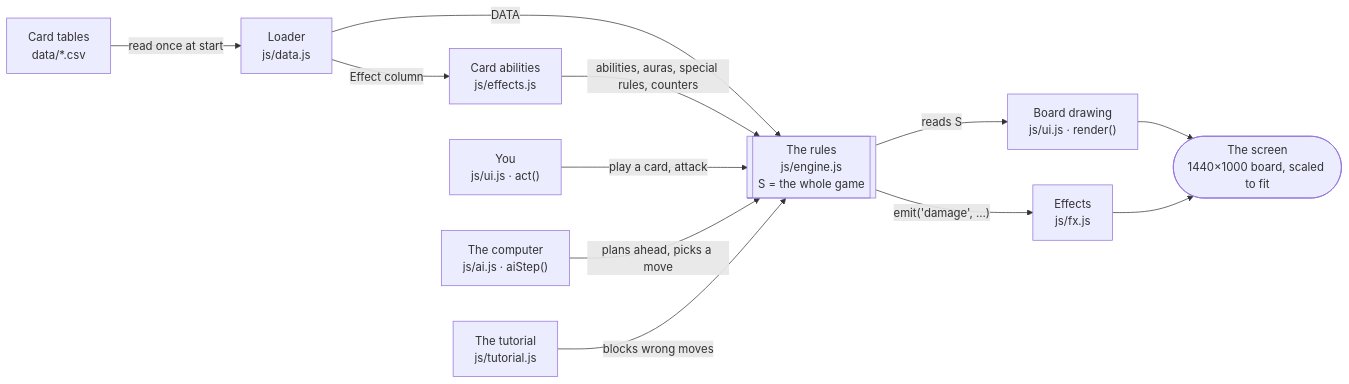
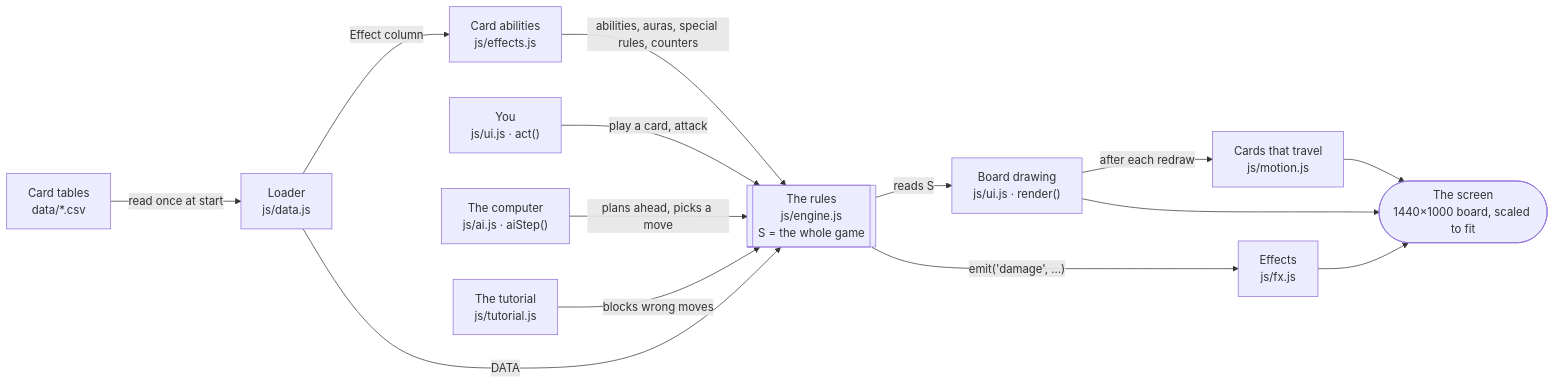
Before and after one commit to dmolloy98-stack-stack/Shardfall_TCG: the first of 3 diagrams in docs/code-map.md, drawn with Mermaid. The commit also changed other lines of this file and 9 other files, not shown here.

First line of the commit message:
Game feel: cards travel, bigger characters, readable computer turns

````diff
--- a/docs/code-map.md
+++ b/docs/code-map.md
@@ -14,18 +14,20 @@
 ```mermaid
 flowchart LR
   csv["Card tables<br/>data/*.csv"] -->|read once at start| data["Loader<br/>js/data.js"]
   data -->|Effect column| fx_text["Card abilities<br/>js/effects.js"]
   data -->|DATA| engine
   fx_text -->|abilities, auras, special rules, counters| engine
 
   you["You<br/>js/ui.js · act()"] -->|play a card, attack| engine
   ai["The computer<br/>js/ai.js · aiStep()"] -->|plans ahead, picks a move| engine
   tut["The tutorial<br/>js/tutorial.js"] -->|blocks wrong moves| engine
 
   engine[["The rules<br/>js/engine.js<br/>S = the whole game"]]
 
   engine -->|reads S| render["Board drawing<br/>js/ui.js · render()"]
   engine -->|"emit('damage', …)"| fx["Effects<br/>js/fx.js"]
+  render -->|after each redraw| motion["Cards that travel<br/>js/motion.js"]
   render --> screen(["The screen<br/>1440×1000 board, scaled to fit"])
   fx --> screen
+  motion --> screen
 ```
````
